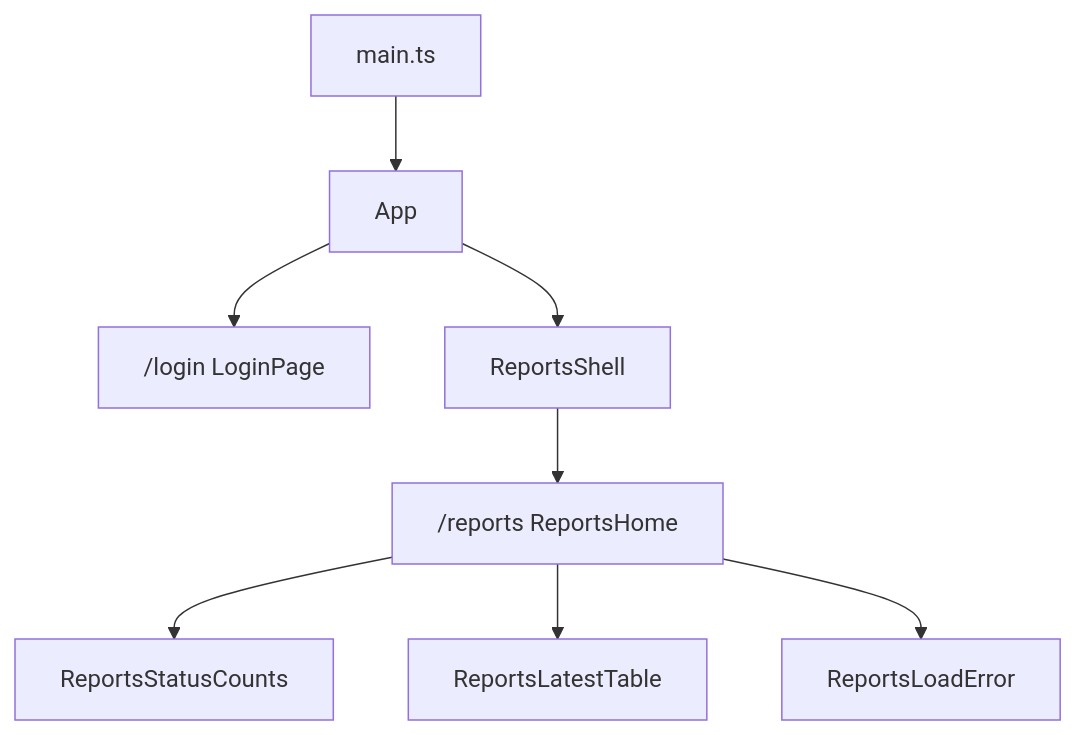
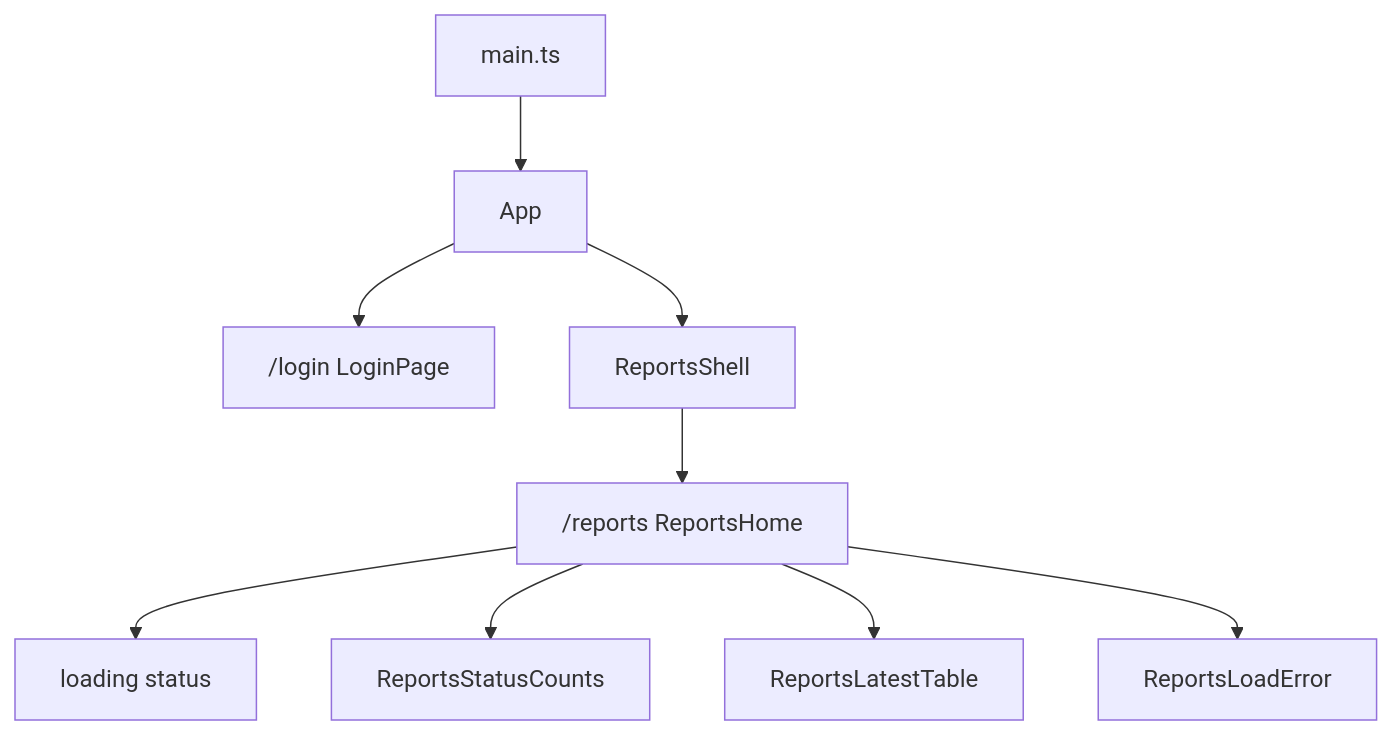
The diagram in apps/vue-reports/README.md (SDS37/kyc-multi-frontend), drawn with Mermaid before and after one commit. The commit also changed other lines of this file and 23 other files, not shown here.

````diff
--- a/apps/vue-reports/README.md
+++ b/apps/vue-reports/README.md
@@ -53,10 +53,11 @@
 ```mermaid
 flowchart TB
   Main["main.ts"] --> App["App"]
   App --> Login["/login LoginPage"]
   App --> Shell["ReportsShell"]
   Shell --> Home["/reports ReportsHome"]
+  Home --> Loading["loading status"]
   Home --> Counts["ReportsStatusCounts"]
   Home --> Table["ReportsLatestTable"]
   Home --> LoadErr["ReportsLoadError"]
 ```
````
